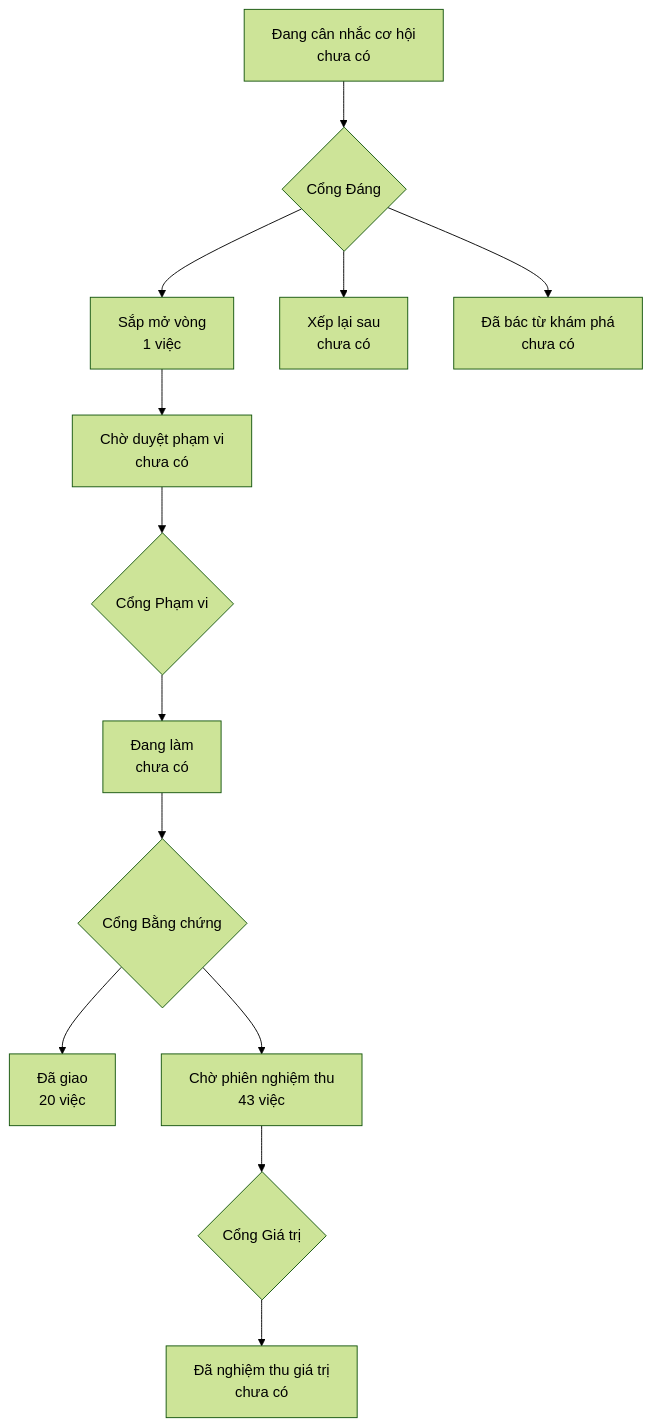
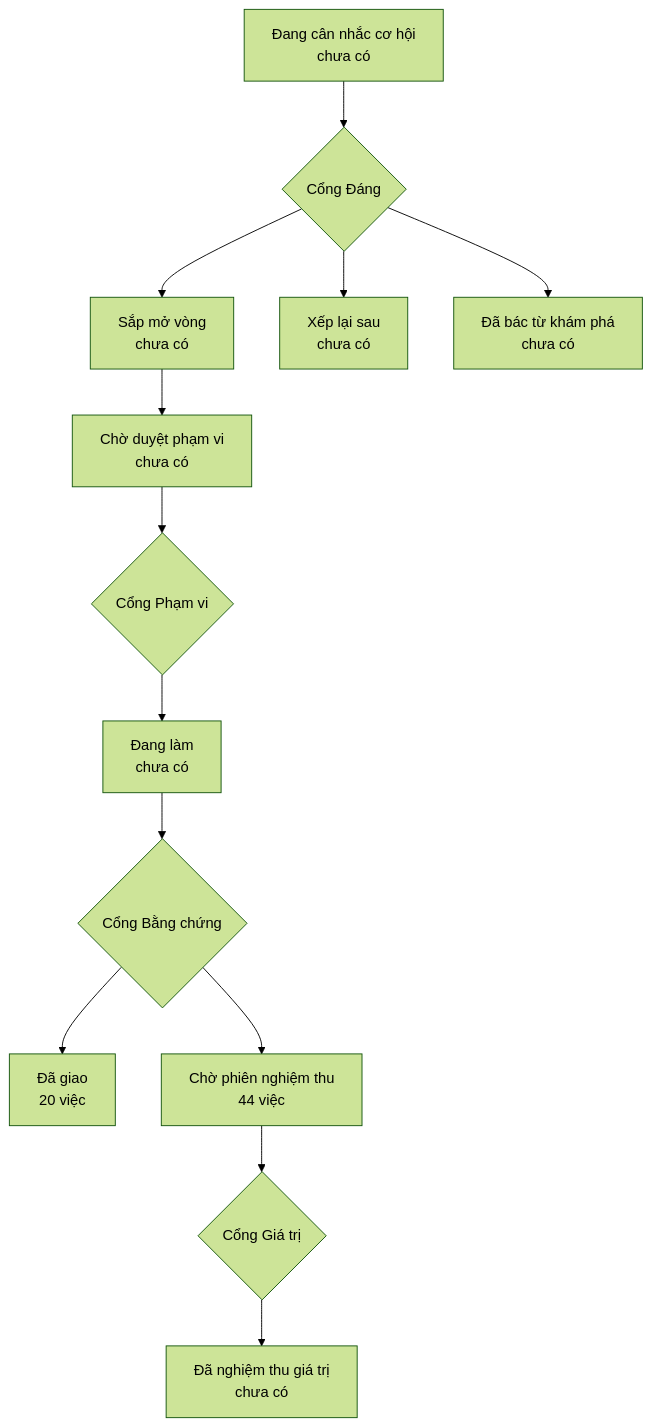
One commit to phanlemanh/onehub-quy-hang changed the diagram in PRODUCT-MAP.md. Above: the diagram before and after it, drawn with Mermaid (forest theme). The commit also changed other lines of this file and 1 other file, not shown here.

Commit message:
chore(va-ma-can-lead): vẽ lại bản đồ sau ghim lại

````diff
--- a/PRODUCT-MAP.md
+++ b/PRODUCT-MAP.md
@@ -7,12 +7,12 @@
 ```mermaid
 flowchart TD
   A["Đang cân nhắc cơ hội<br/>chưa có"] --> GD{"Cổng Đáng"}
-  GD --> B["Sắp mở vòng<br/>1 việc"]
+  GD --> B["Sắp mở vòng<br/>chưa có"]
   GD --> XL["Xếp lại sau<br/>chưa có"]
   GD --> DB["Đã bác từ khám phá<br/>chưa có"]
   B --> CD["Chờ duyệt phạm vi<br/>chưa có"] --> GP{"Cổng Phạm vi"}
   GP --> DL["Đang làm<br/>chưa có"] --> GB{"Cổng Bằng chứng"}
   GB --> DG["Đã giao<br/>20 việc"]
-  GB --> CN["Chờ phiên nghiệm thu<br/>43 việc"] --> GG{"Cổng Giá trị"}
+  GB --> CN["Chờ phiên nghiệm thu<br/>44 việc"] --> GG{"Cổng Giá trị"}
   GG --> NT["Đã nghiệm thu giá trị<br/>chưa có"]
 ```
````
